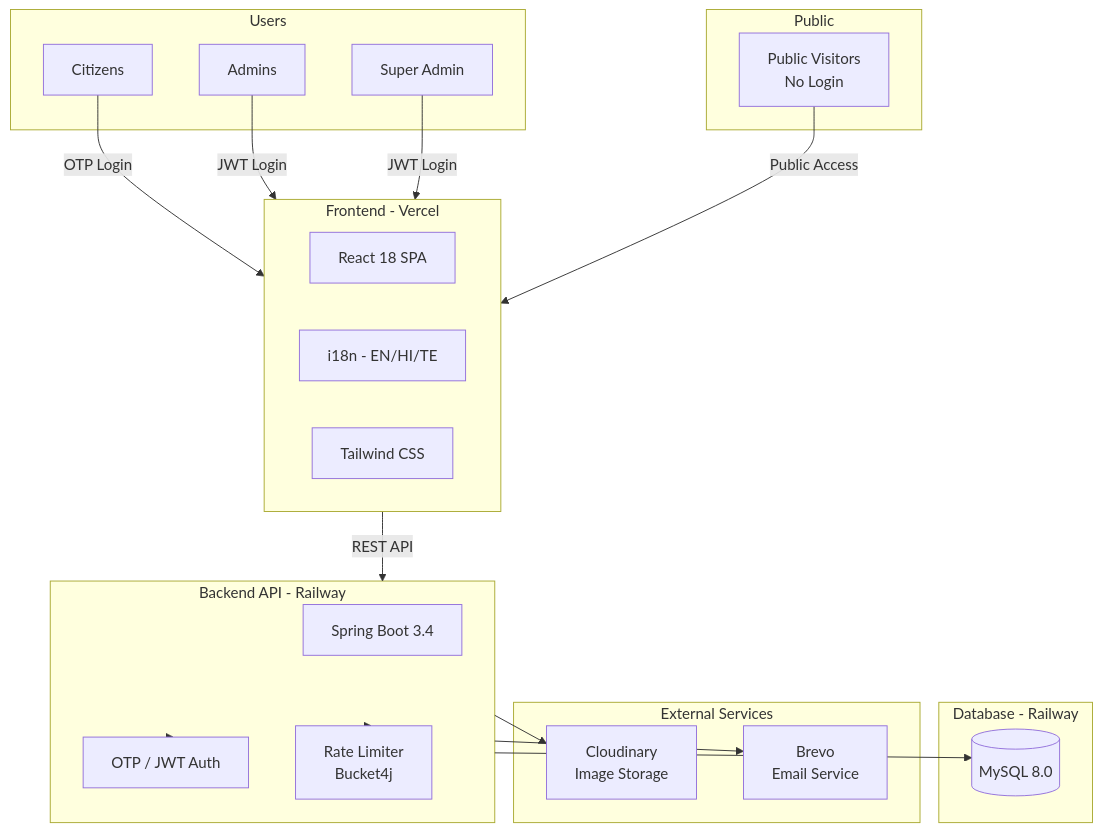
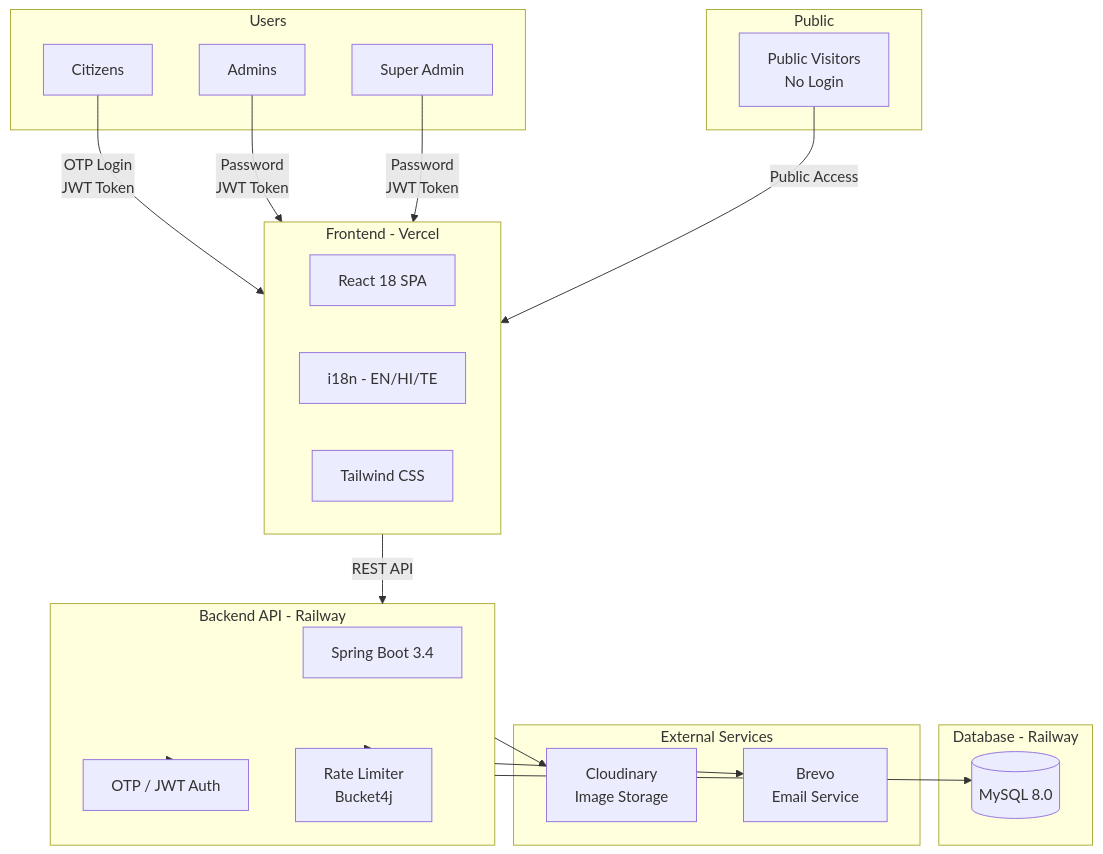
Before and after one commit to krishnamohan-vadlapatla/justicelinker: the diagram in README.md, drawn with Mermaid. The commit also changed other lines of this file, not shown here.

Commit message:
fix: clarify citizens use OTP login with JWT token for API auth

````diff
--- a/README.md
+++ b/README.md
@@ -118,45 +118,45 @@
 ```mermaid
 graph TB
     subgraph Users
         U[Citizens]
         A[Admins]
         SA[Super Admin]
     end
 
     subgraph Public
         P[Public Visitors<br/>No Login]
     end
 
     subgraph Frontend["Frontend - Vercel"]
         React[React 18 SPA]
         i18n[i18n - EN/HI/TE]
         Tailwind[Tailwind CSS]
     end
 
     subgraph Backend["Backend API - Railway"]
         SB[Spring Boot 3.4]
         Auth[OTP / JWT Auth]
         RateLim[Rate Limiter<br/>Bucket4j]
     end
 
     subgraph DB["Database - Railway"]
         MySQL[(MySQL 8.0)]
     end
 
     subgraph External["External Services"]
         Cloud[Cloudinary<br/>Image Storage]
         Email[Brevo<br/>Email Service]
     end
 
-    U -->|"OTP Login"| Frontend
-    A -->|"JWT Login"| Frontend
-    SA -->|"JWT Login"| Frontend
+    U -->|"OTP Login<br/>JWT Token"| Frontend
+    A -->|"Password<br/>JWT Token"| Frontend
+    SA -->|"Password<br/>JWT Token"| Frontend
     P -->|"Public Access"| Frontend
     
     Frontend -->|"REST API"| Backend
     Backend --> Auth
     Backend --> RateLim
     Backend --> MySQL
     Backend --> Cloud
     Backend --> Email
 ```
````
